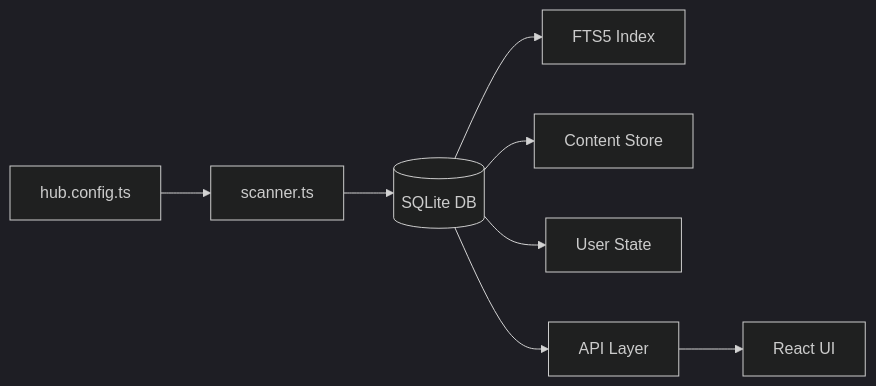
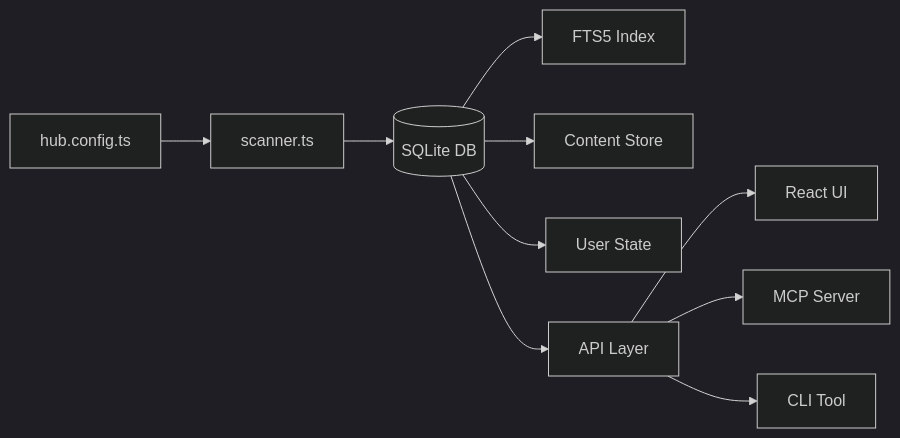
Before and after one commit to ahmedkhaledmohamed/the-hub: the second of 5 diagrams in docs/future-developments.md, drawn with Mermaid (dark theme). The commit also changed other lines of this file, not shown here.

````diff
--- a/docs/future-developments.md
+++ b/docs/future-developments.md
@@ -62,10 +105,12 @@
 ```mermaid
 flowchart LR
     Config[hub.config.ts] --> Scanner[scanner.ts]
     Scanner --> DB[(SQLite DB)]
     DB --> FTS[FTS5 Index]
     DB --> Content[Content Store]
     DB --> State[User State]
     DB --> API[API Layer]
     API --> UI[React UI]
+    API --> MCP[MCP Server]
+    API --> CLI[CLI Tool]
 ```
````
